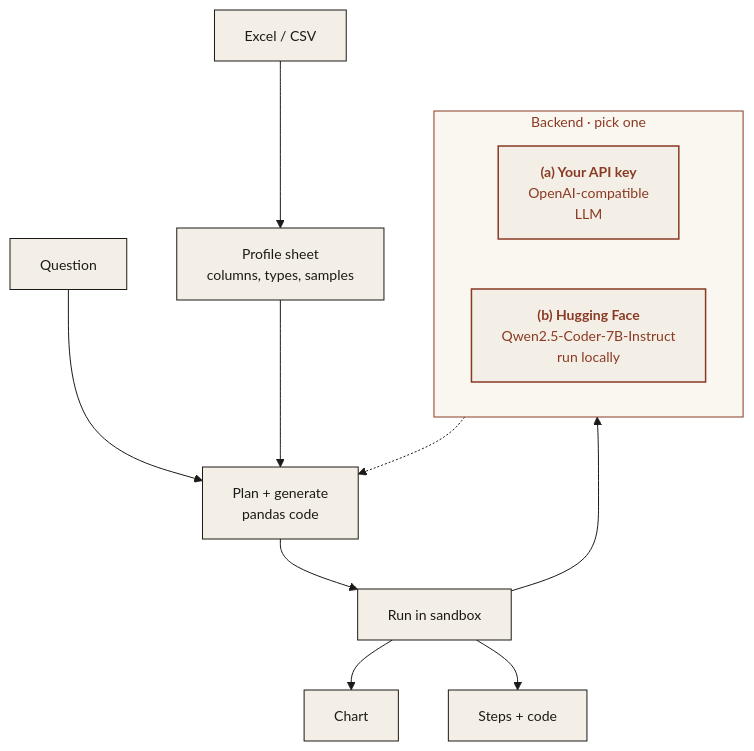
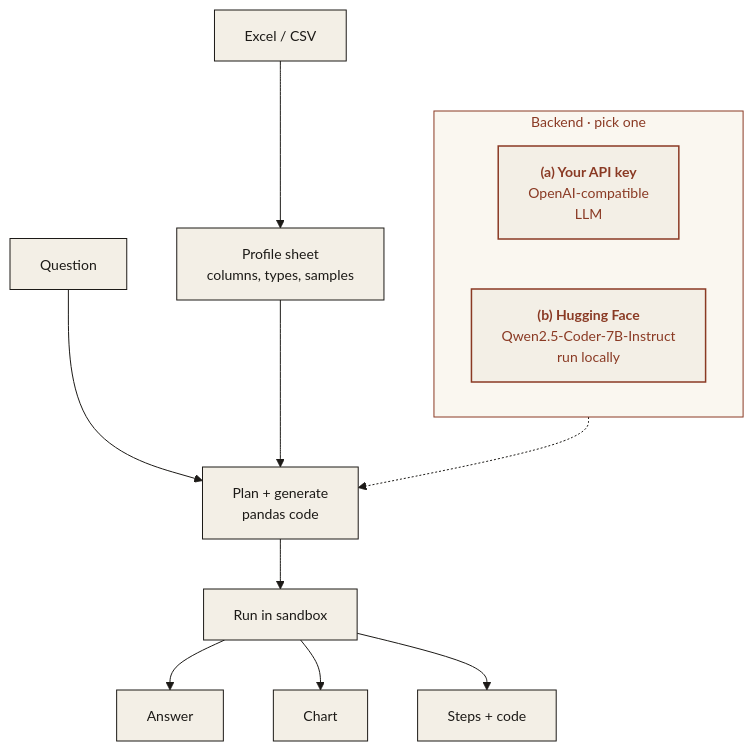
The diagram in README.md (ModelShifts/table-qa), drawn with Mermaid before and after one commit.

Commit message:
Use distinct ids for backend nodes in the diagram

````diff
--- a/README.md
+++ b/README.md
@@ -28,21 +28,21 @@
 ```mermaid
 %%{init: {"theme":"base","flowchart":{"curve":"basis","wrappingWidth":260},"themeVariables":{"fontFamily":"Georgia, Times New Roman, serif","fontSize":"14px","primaryColor":"#f3efe6","primaryTextColor":"#1c1a17","primaryBorderColor":"#1c1a17","lineColor":"#1c1a17","clusterBkg":"#faf7f0","clusterBorder":"#8a3a24","titleColor":"#8a3a24","edgeLabelBackground":"#f3efe6"}}}%%
 flowchart TB
   F["Excel / CSV"]:::ink --> P["Profile sheet<br/>columns, types, samples"]:::ink
   Q["Question"]:::ink --> G
   P --> G["Plan + generate<br/>pandas code"]:::ink
   G --> X["Run in sandbox"]:::ink
   X --> A["Answer"]:::ink
   X --> C["Chart"]:::ink
   X --> ST["Steps + code"]:::ink
   subgraph BK["Backend · pick one"]
     direction LR
-    A["<b>(a) Your API key</b><br/>OpenAI-compatible<br/>LLM"]:::rust
-    H["<b>(b) Hugging Face</b><br/>Qwen2.5-Coder-7B-Instruct<br/>run locally"]:::rust
+    BKA["<b>(a) Your API key</b><br/>OpenAI-compatible<br/>LLM"]:::rust
+    BKH["<b>(b) Hugging Face</b><br/>Qwen2.5-Coder-7B-Instruct<br/>run locally"]:::rust
   end
   BK -.-> G
 
   classDef cl fill:#faf7f0,stroke:#8a3a24,stroke-dasharray:4 3,color:#8a3a24;
   classDef ink fill:#f3efe6,stroke:#1c1a17,color:#1c1a17,stroke-width:1px;
   classDef rust fill:#f3efe6,stroke:#8a3a24,color:#8a3a24,stroke-width:1.5px;
 ```
````
